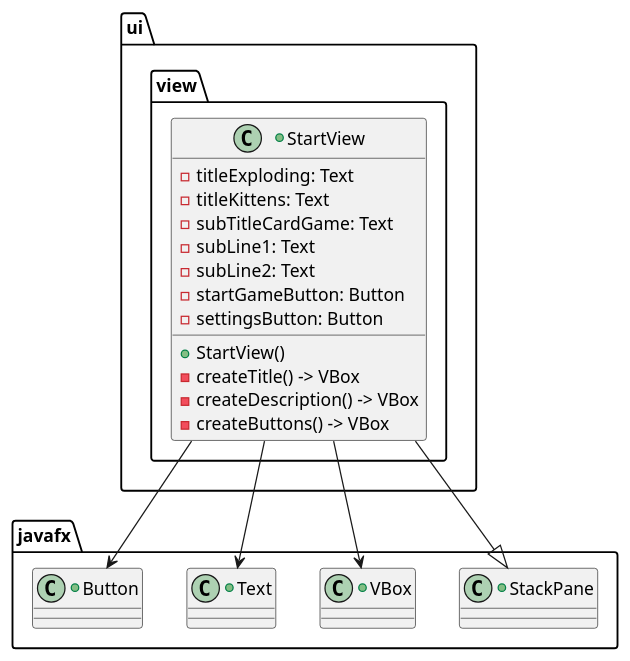
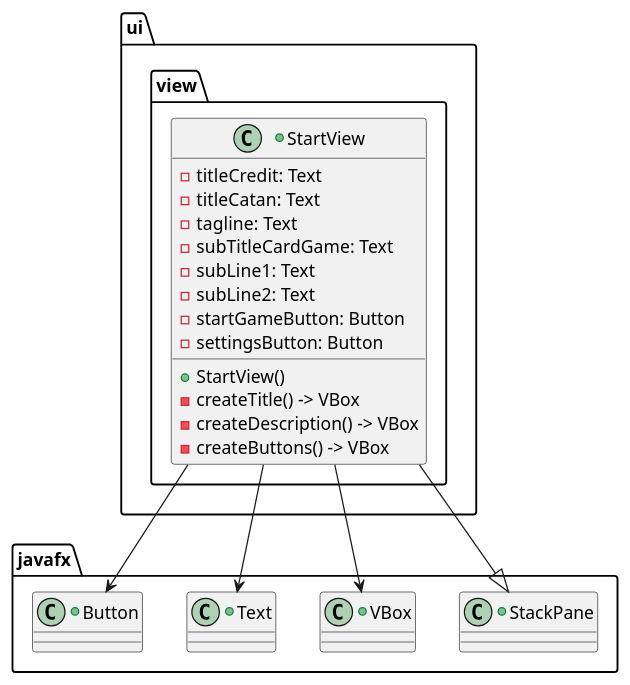
One commit to nu-cs-sqe/cs380-software-quality-engineering-20262701-course-project-group-5 changed the diagram in docs/design/start_view.puml. Above: the diagram before and after it, drawn with PlantUML. The commit also changed 2 other files, not shown here.

```diff
--- a/docs/design/start_view.puml
+++ b/docs/design/start_view.puml
@@ -1,43 +1,44 @@
 @startuml
 
 package ui.view {
     +class StartView {
     ' need to change to fit Catan
-        -titleExploding: Text
-        -titleKittens: Text
+        -titleCredit: Text
+        -titleCatan: Text
+        -tagline: Text
         -subTitleCardGame: Text
         -subLine1: Text
         -subLine2: Text
         -startGameButton: Button
         -settingsButton: Button
         +StartView()
         -createTitle() -> VBox
         -createDescription() -> VBox
         -createButtons() -> VBox
     }
 
 }
 
 package javafx {
 
     +class StackPane {
     }
 
     +class VBox {
     }
 
     +class Text {
     }
 
     +class Button {
     }
 
 }
 
 ' named JavaFX UI classes
 StartView --|> StackPane
 StartView --> VBox
 StartView --> Text
 StartView --> Button
 
 @enduml
```
